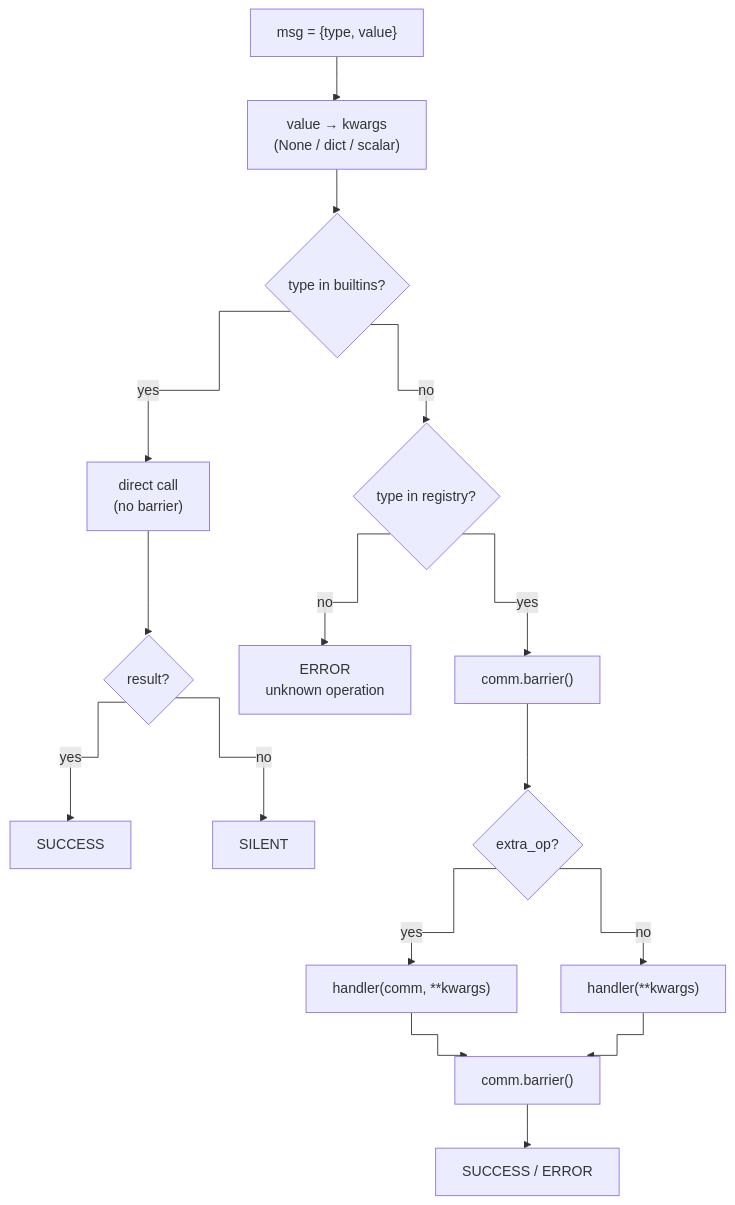
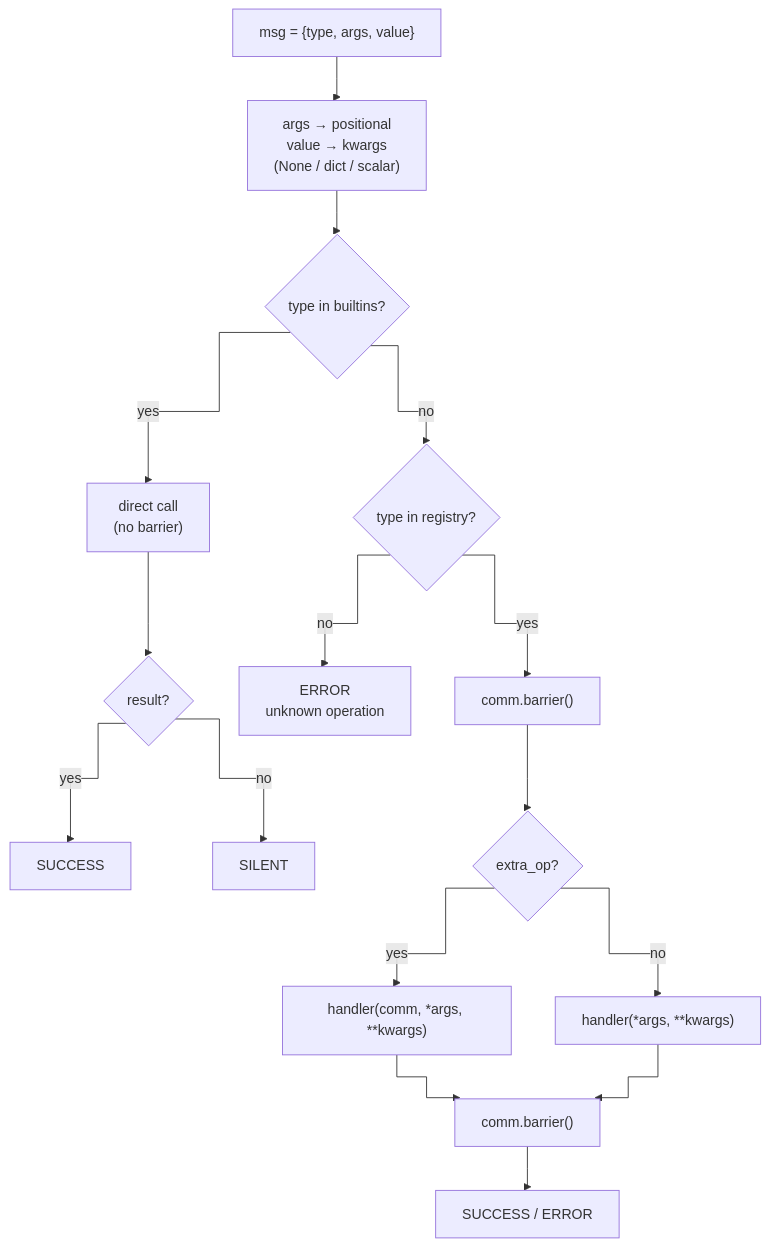
The third of 3 diagrams in docs/dev_parallelization_manager.md (Kerrator/pyKMC), drawn with Mermaid before and after one commit. The commit also changed other lines of this file and 8 other files, not shown here.

````diff
--- a/docs/dev_parallelization_manager.md
+++ b/docs/dev_parallelization_manager.md
@@ -169,19 +170,19 @@
 ```mermaid
 %%{init: {'flowchart': {'curve': 'step'}}}%%
 flowchart TD
-    A["msg = {type, value}"] --> B["value → kwargs<br/>(None / dict / scalar)"]
+    A["msg = {type, args, value}"] --> B["args → positional<br/>value → kwargs<br/>(None / dict / scalar)"]
     B --> C{"type in builtins?"}
     C -->|yes| D["direct call<br/>(no barrier)"]
     D --> E{"result?"}
     E -->|yes| F["SUCCESS"]
     E -->|no| G["SILENT"]
     C -->|no| H{"type in registry?"}
     H -->|no| I["ERROR<br/>unknown operation"]
     H -->|yes| J["comm.barrier()"]
     J --> K{"extra_op?"}
-    K -->|yes| L["handler(comm, **kwargs)"]
-    K -->|no| M["handler(**kwargs)"]
+    K -->|yes| L["handler(comm, *args, **kwargs)"]
+    K -->|no| M["handler(*args, **kwargs)"]
     L --> N["comm.barrier()"]
     M --> N
     N --> O["SUCCESS / ERROR"]
 ```
````
